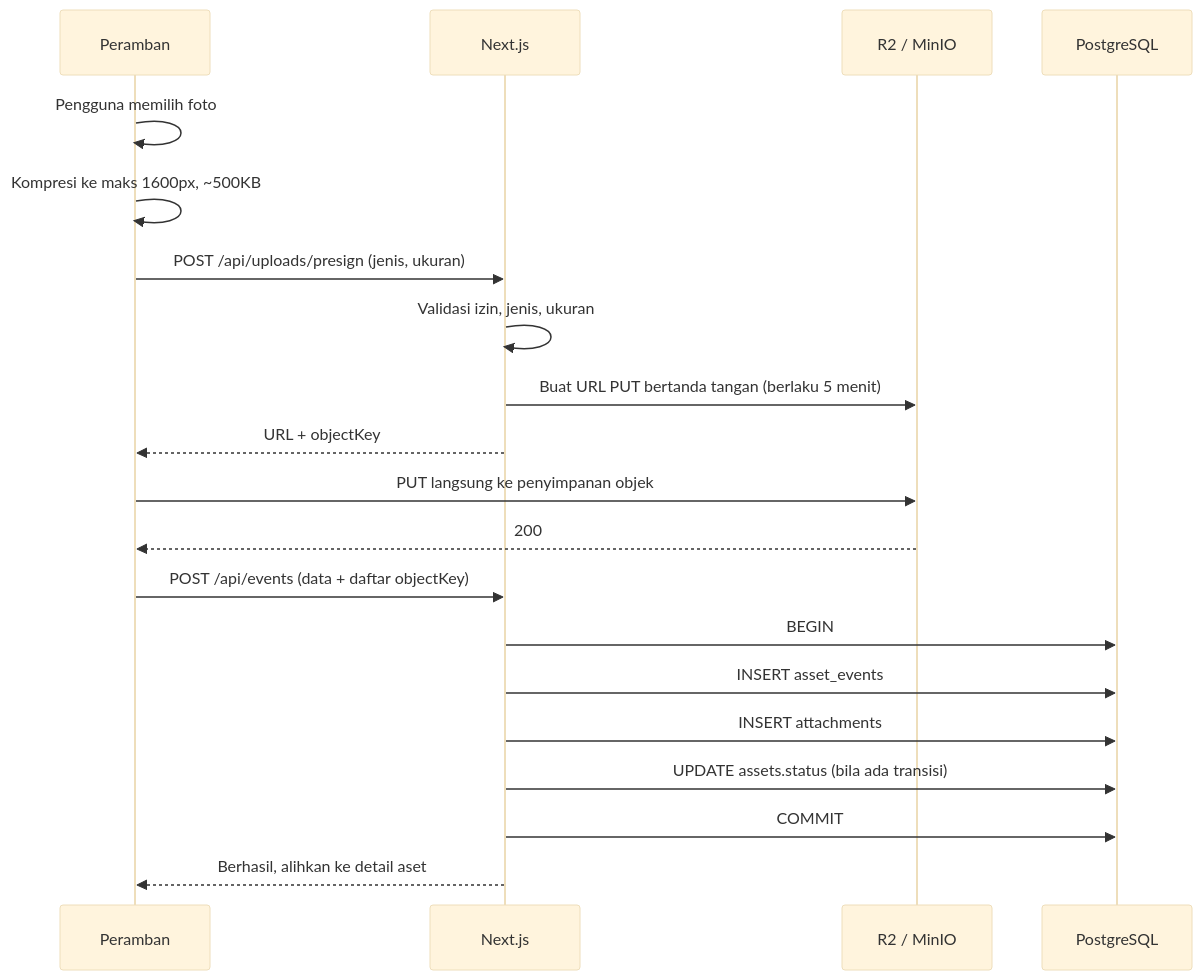
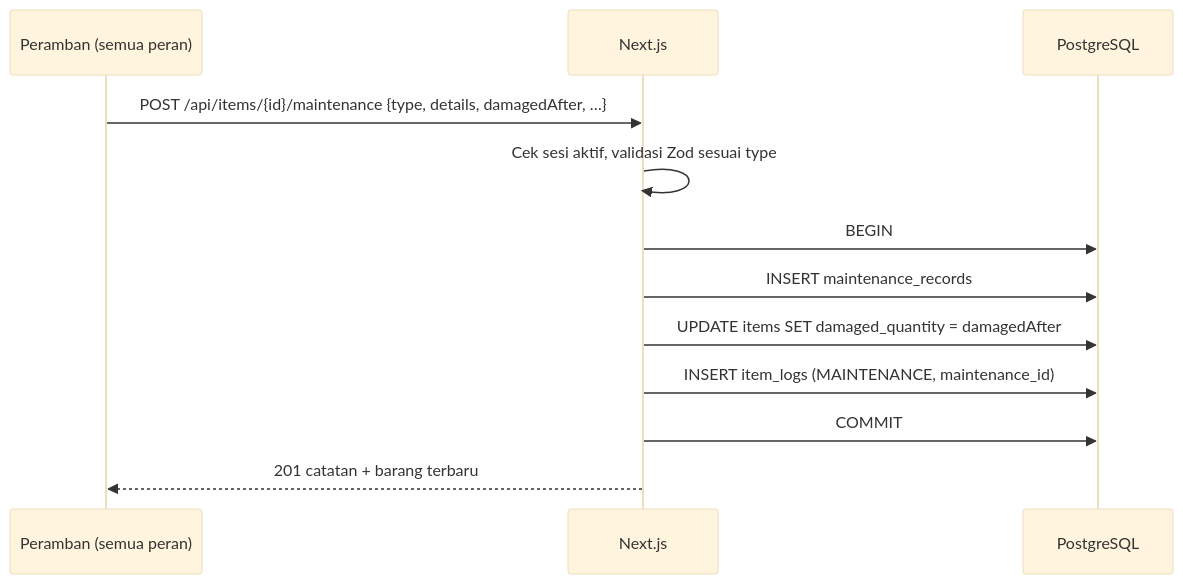
Before and after one commit to mferdinandr/inventory-management: the third of 3 diagrams in docs/04-technical-architecture.md, drawn with Mermaid (base theme). The commit also changed other lines of this file and 229 other files, not shown here.

````diff
--- a/docs/04-technical-architecture.md
+++ b/docs/04-technical-architecture.md
@@ -231,23 +140,15 @@
 ```mermaid
 sequenceDiagram
-    participant B as Peramban
+    participant B as Peramban (semua peran)
     participant N as Next.js
-    participant S as R2 / MinIO
     participant DB as PostgreSQL
 
-    B->>B: Pengguna memilih foto
-    B->>B: Kompresi ke maks 1600px, ~500KB
-    B->>N: POST /api/uploads/presign (jenis, ukuran)
-    N->>N: Validasi izin, jenis, ukuran
-    N->>S: Buat URL PUT bertanda tangan (berlaku 5 menit)
-    N-->>B: URL + objectKey
-    B->>S: PUT langsung ke penyimpanan objek
-    S-->>B: 200
-    B->>N: POST /api/events (data + daftar objectKey)
+    B->>N: POST /api/items/{id}/maintenance {type, details, damagedAfter, …}
+    N->>N: Cek sesi aktif, validasi Zod sesuai type
     N->>DB: BEGIN
-    N->>DB: INSERT asset_events
-    N->>DB: INSERT attachments
-    N->>DB: UPDATE assets.status (bila ada transisi)
+    N->>DB: INSERT maintenance_records
+    N->>DB: UPDATE items SET damaged_quantity = damagedAfter
+    N->>DB: INSERT item_logs (MAINTENANCE, maintenance_id)
     N->>DB: COMMIT
-    N-->>B: Berhasil, alihkan ke detail aset
+    N-->>B: 201 catatan + barang terbaru
 ```
````
